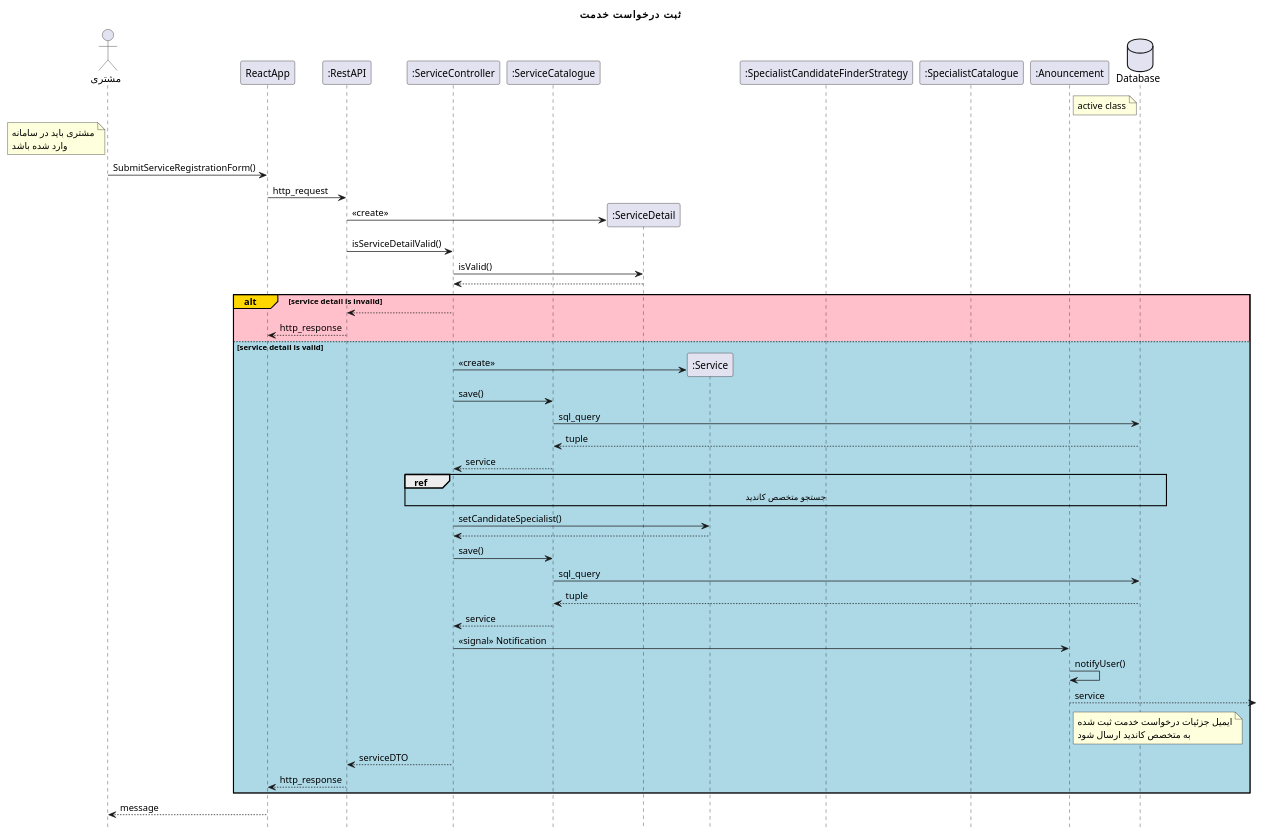
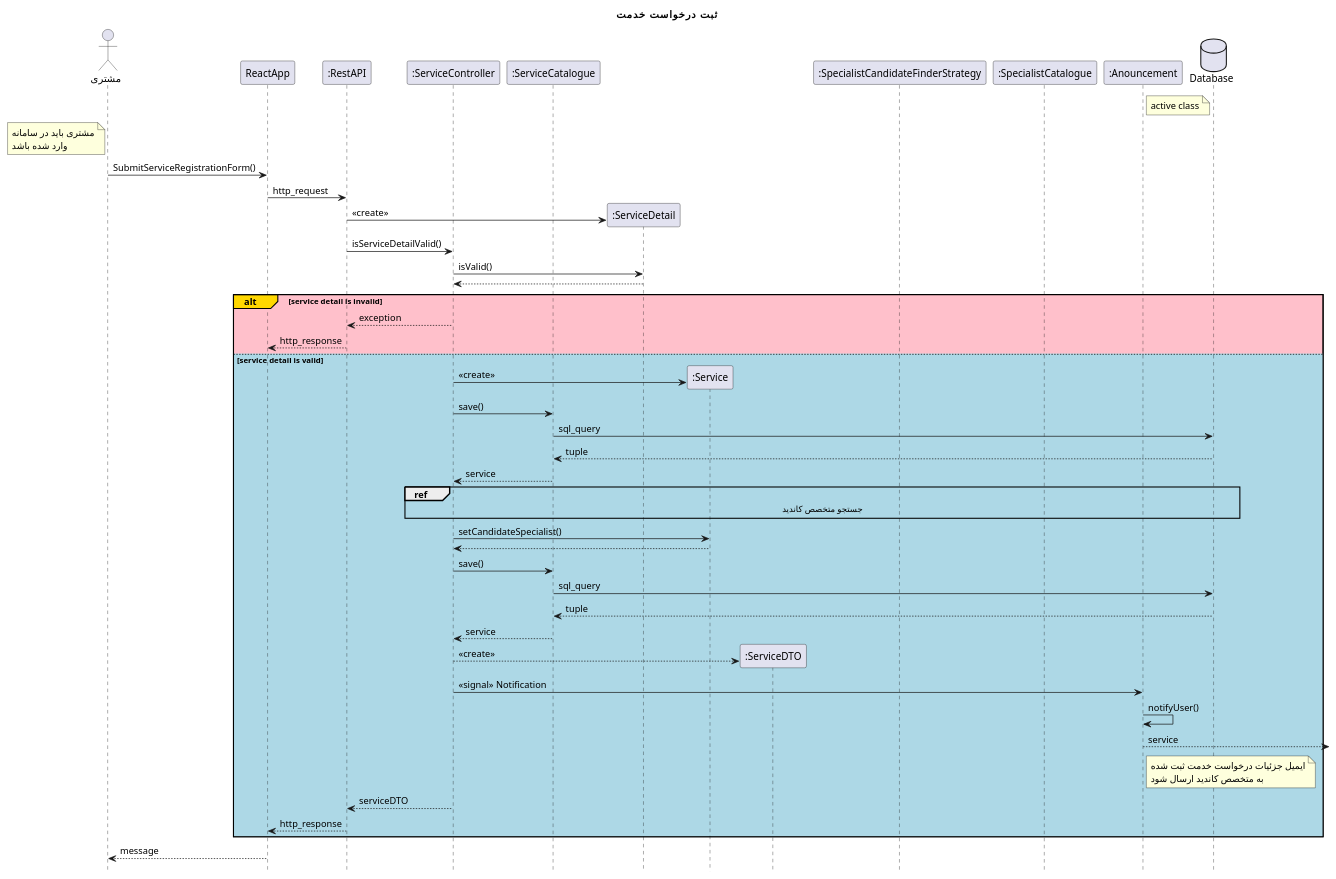
Before and after one commit to Khedmatkar-OOD-spring-2022/Model-and-Documents: the diagram in design sequence diagams/registerService.plantuml, drawn with PlantUML. The commit also changed 20 other files, not shown here.

```diff
--- a/design sequence diagams/registerService.plantuml
+++ b/design sequence diagams/registerService.plantuml
@@ -1,59 +1,61 @@
 @startuml registerService
 hide footbox
 title "ثبت درخواست خدمت"
 actor       "مشتری" as customer
 participant ReactApp
 participant ":RestAPI" as RestAPI
 participant ":ServiceController" as ServiceController
 participant ":ServiceCatalogue" as ServiceCatalogue
 participant ":ServiceDetail" as ServiceDetail
 participant ":Service" as Service
+participant ":ServiceDTO" as ServiceDTO
 participant ":SpecialistCandidateFinderStrategy" as SpecialistCandidateFinderStrategy
 participant ":SpecialistCatalogue" as SpecialistCatalogue
 participant ":Anouncement" as Anouncement
 database Database
 note right of Anouncement
     active class
 end note
 note left of customer
     مشتری باید در سامانه
     وارد شده باشد
 end note
 
 customer -> ReactApp: SubmitServiceRegistrationForm()
 ReactApp -> RestAPI: http_request
 RestAPI -> ServiceDetail **: <<create>>
 RestAPI -> ServiceController: isServiceDetailValid()
 ServiceController -> ServiceDetail:  isValid()
 return
 alt#Gold #Pink service detail is invalid
 
-    ServiceController --> RestAPI
+    ServiceController --> RestAPI: exception
     RestAPI --> ReactApp: http_response
 
 else #LightBlue service detail is valid
 
     ServiceController -> Service **: <<create>>
     ServiceController -> ServiceCatalogue: save()
     ServiceCatalogue -> Database: sql_query
     return tuple
     ServiceCatalogue --> ServiceController: service
     ref over ServiceController, SpecialistCandidateFinderStrategy, SpecialistCatalogue, Database: جستجو متخصص کاندید
     ServiceController -> Service: setCandidateSpecialist()
     return
     ServiceController -> ServiceCatalogue: save()
     ServiceCatalogue -> Database: sql_query
     return tuple
     ServiceCatalogue --> ServiceController: service
+    ServiceController --> ServiceDTO **: <<create>>
     ServiceController -> Anouncement: <<signal>> Notification
     Anouncement -> Anouncement: notifyUser()
     Anouncement -->: service
     note right of Anouncement
         ایمیل جزئیات درخواست خدمت ثبت شده
         به متخصص کاندید ارسال شود
     end note
     ServiceController --> RestAPI: serviceDTO
     RestAPI --> ReactApp: http_response
 end
 ReactApp --> customer: message
 @enduml
```
